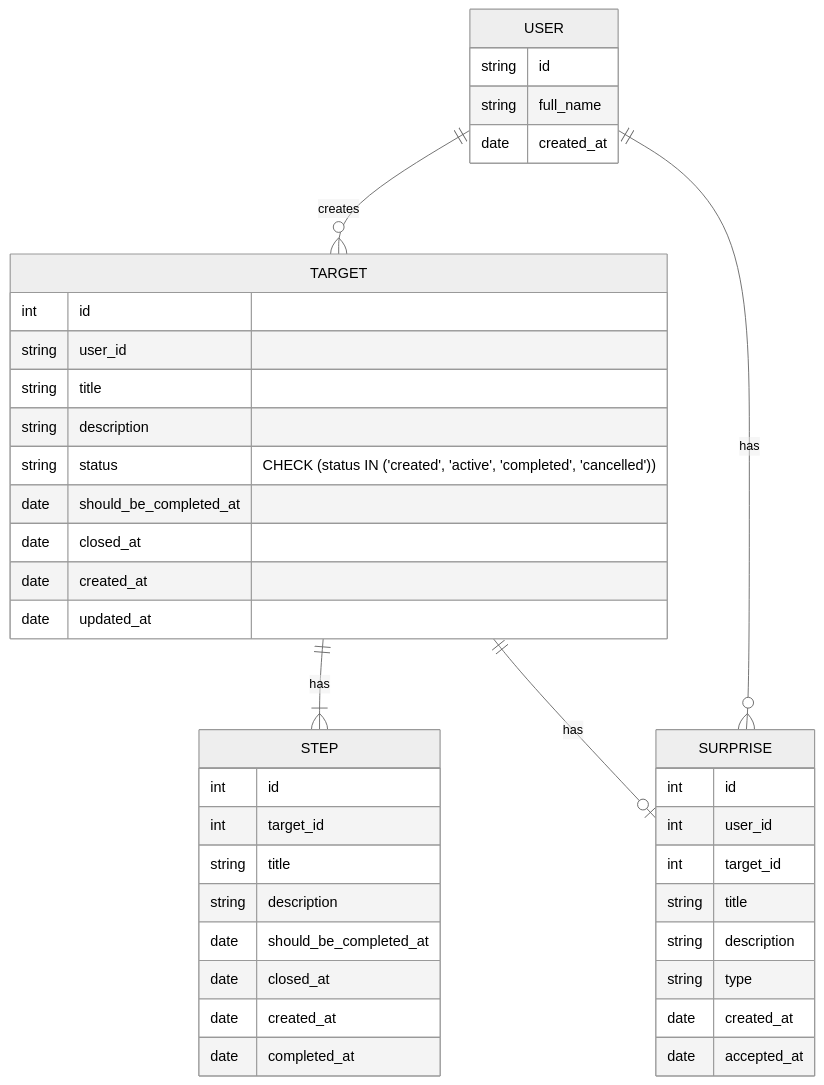
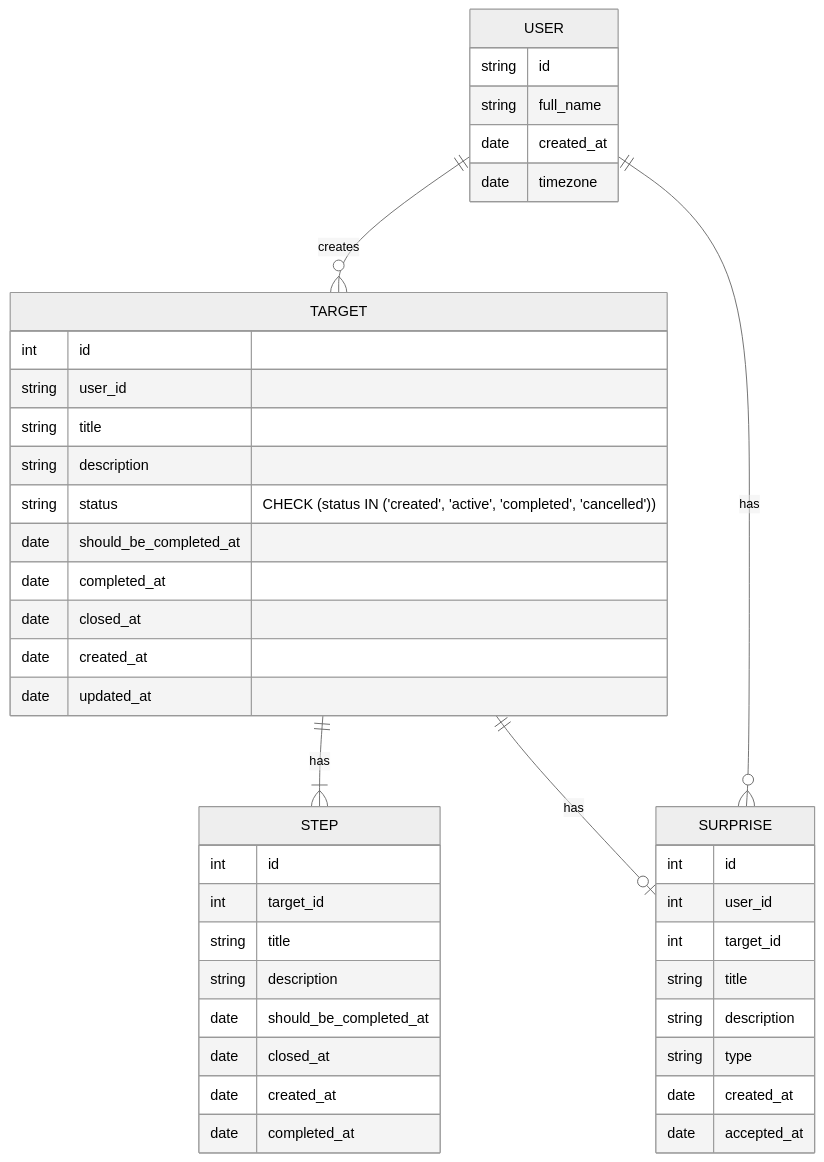
The diagram in README.md (alexanderKaramushko/goals-service), drawn with Mermaid (neutral theme) before and after one commit. The commit also changed 3 other files, not shown here.

````diff
--- a/README.md
+++ b/README.md
@@ -109,44 +109,46 @@
 ```mermaid
 erDiagram
     USER {
       string id
       string full_name
       date created_at
+      date timezone
     }
     TARGET {
       int id
       string user_id
       string title
       string description
       string status "CHECK (status IN ('created', 'active', 'completed', 'cancelled'))"
       date should_be_completed_at
+      date completed_at
       date closed_at
       date created_at
       date updated_at
     }
     STEP {
       int id
       int target_id
       string title
       string description
       date should_be_completed_at
       date closed_at
       date created_at
       date completed_at
     }
     SURPRISE {
       int id
       int user_id
       int target_id
       string title
       string description
       string type
       date created_at
       date accepted_at
     }
 
     USER ||--o{ TARGET : creates
     TARGET ||--|{ STEP : has
     TARGET ||--o| SURPRISE : has
     USER ||--o{ SURPRISE : has
 ```
````
